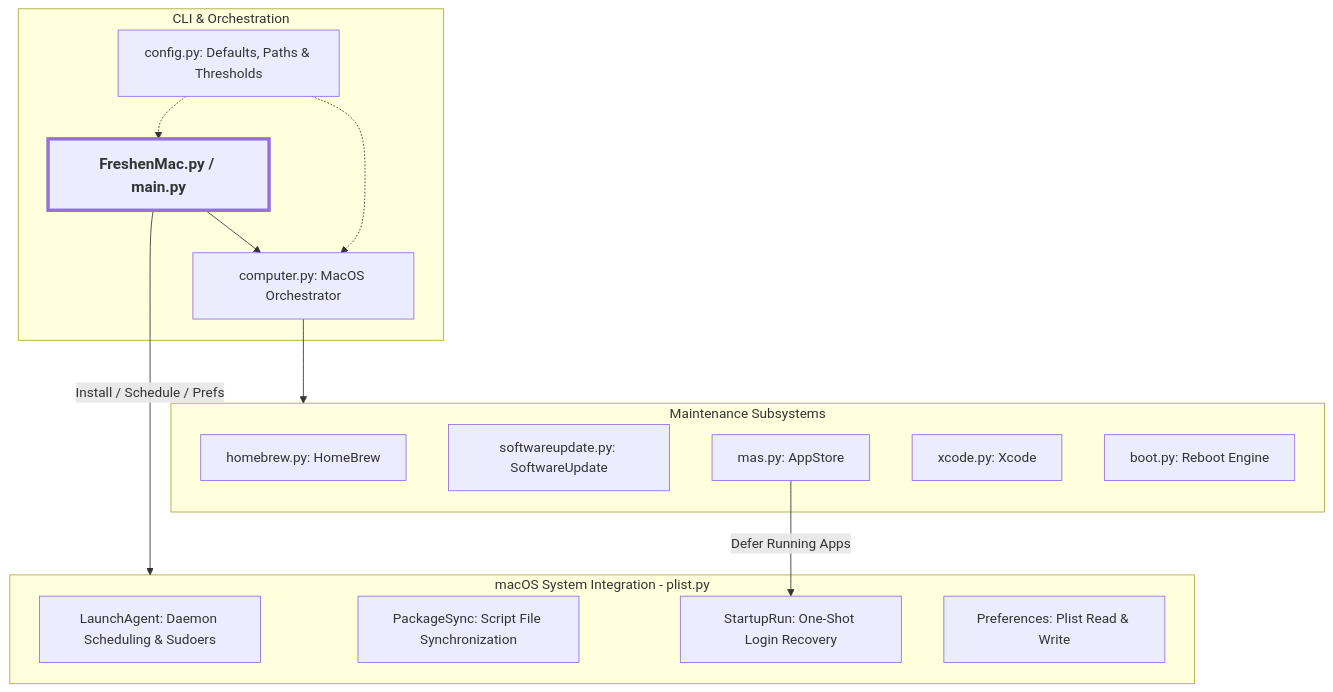
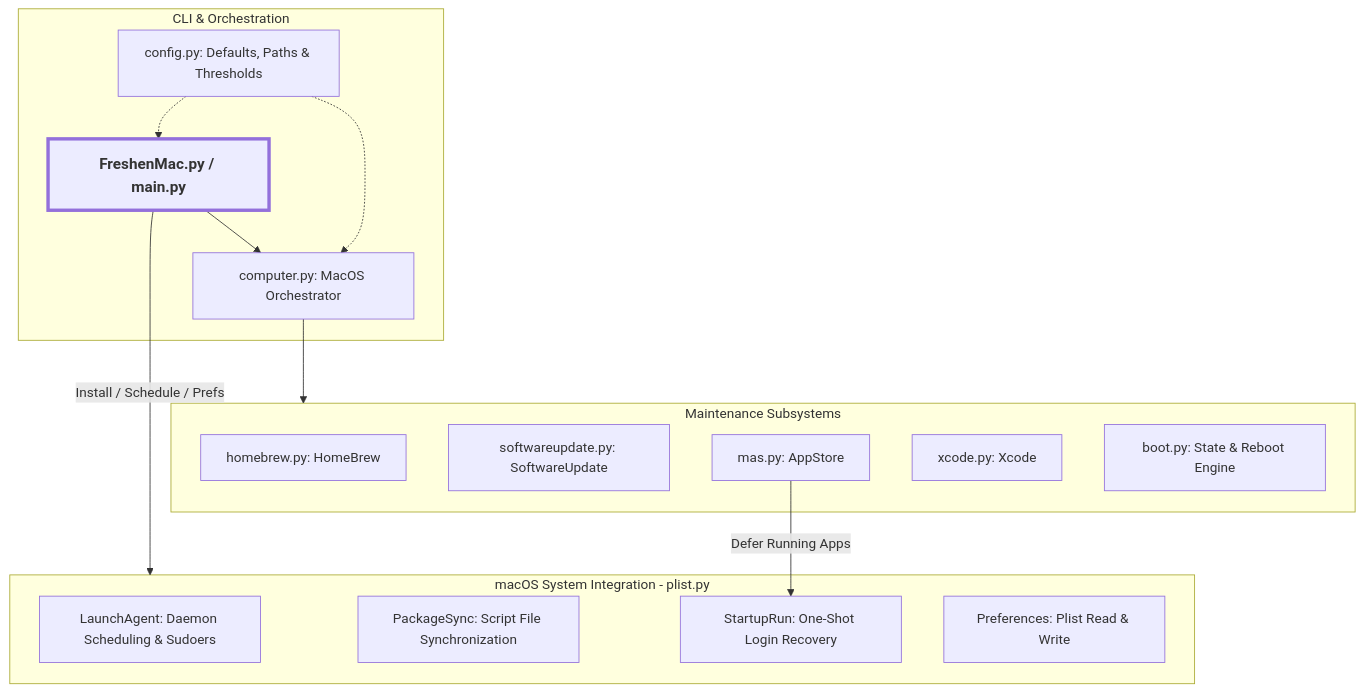
One commit to Panther37/FreshenMac changed the diagram in README.md. Above: the diagram before and after it, drawn with Mermaid. The commit also changed other lines of this file and 20 other files, not shown here.

````diff
--- a/README.md
+++ b/README.md
@@ -176,31 +187,31 @@
 ```mermaid
 flowchart TD
     subgraph Core["CLI & Orchestration"]
         CLI["FreshenMac.py / main.py"]
         Host["computer.py: MacOS Orchestrator"]
         Config["config.py: Defaults, Paths & Thresholds"]
         CLI --> Host
         Config -.-> CLI
         Config -.-> Host
     end
 
     subgraph SystemInt["macOS System Integration - plist.py"]
         LaunchAgent["LaunchAgent: Daemon Scheduling & Sudoers"]
         PkgSync["PackageSync: Script File Synchronization"]
         StartupRun["StartupRun: One-Shot Login Recovery"]
         Prefs["Preferences: Plist Read & Write"]
     end
 
     subgraph Engines["Maintenance Subsystems"]
         Brew["homebrew.py: HomeBrew"]
         SWU["softwareupdate.py: SoftwareUpdate"]
         MAS["mas.py: AppStore"]
         XC["xcode.py: Xcode"]
-        Boot["boot.py: Reboot Engine"]
+        Boot["boot.py: State & Reboot Engine"]
     end
 
     CLI -->|" Install / Schedule / Prefs "| SystemInt
     Host --> Engines
     MAS -->|" Defer Running Apps "| StartupRun
     style CLI font-weight: bold, font-size: 18px, stroke-width: 4px
 ```
````
